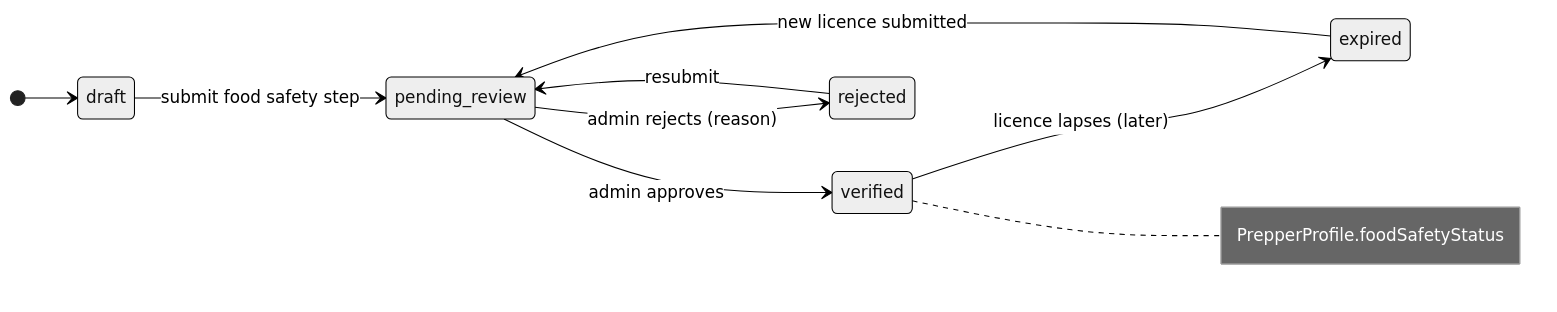
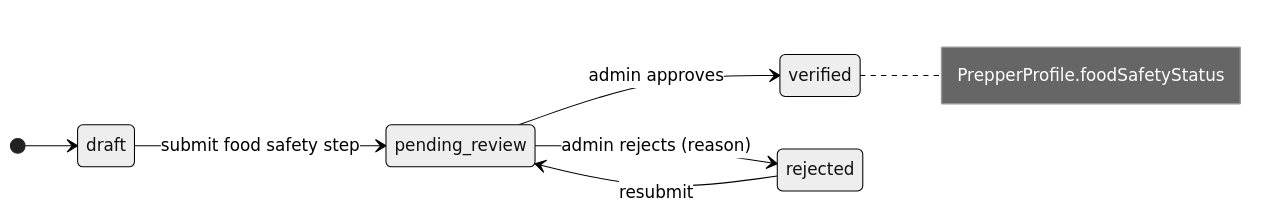
The sixth of 7 diagrams in docs/plan/07-status-changes.md (rachelwong/preppers), drawn with Mermaid (neutral theme) before and after one commit. The commit also changed other lines of this file and 44 other files, not shown here.

````diff
--- a/docs/plan/07-status-changes.md
+++ b/docs/plan/07-status-changes.md
@@ -87,12 +87,10 @@
 ```mermaid
 stateDiagram-v2
   direction LR
   [*] --> draft
   draft --> pending_review: submit food safety step
   pending_review --> verified: admin approves
   pending_review --> rejected: admin rejects (reason)
   rejected --> pending_review: resubmit
-  verified --> expired: licence lapses (later)
-  expired --> pending_review: new licence submitted
   note right of verified: PrepperProfile.foodSafetyStatus
 ```
````
